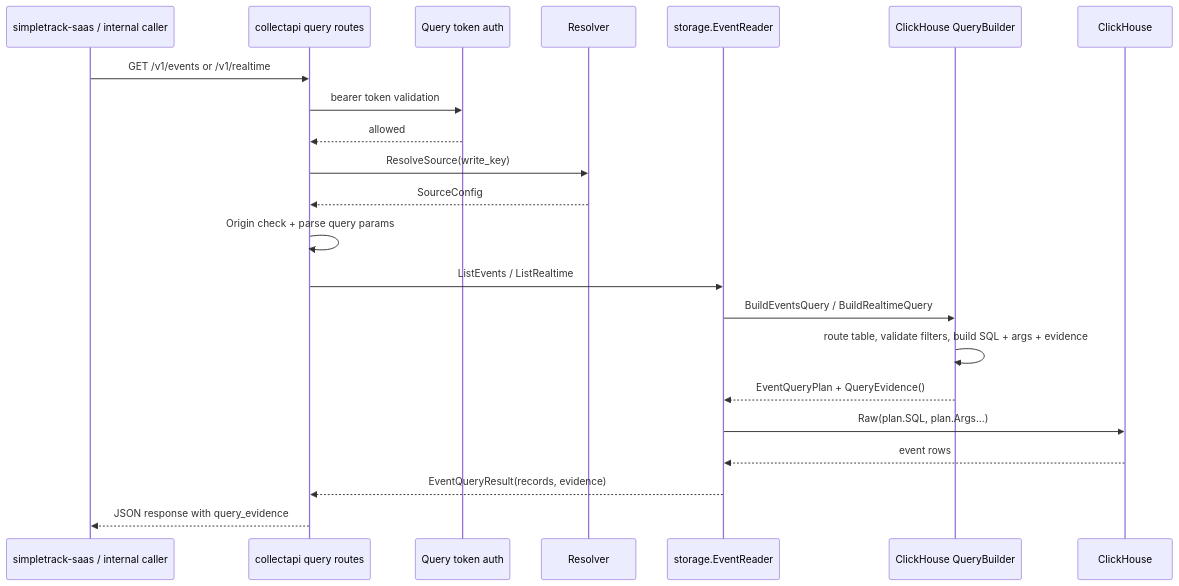
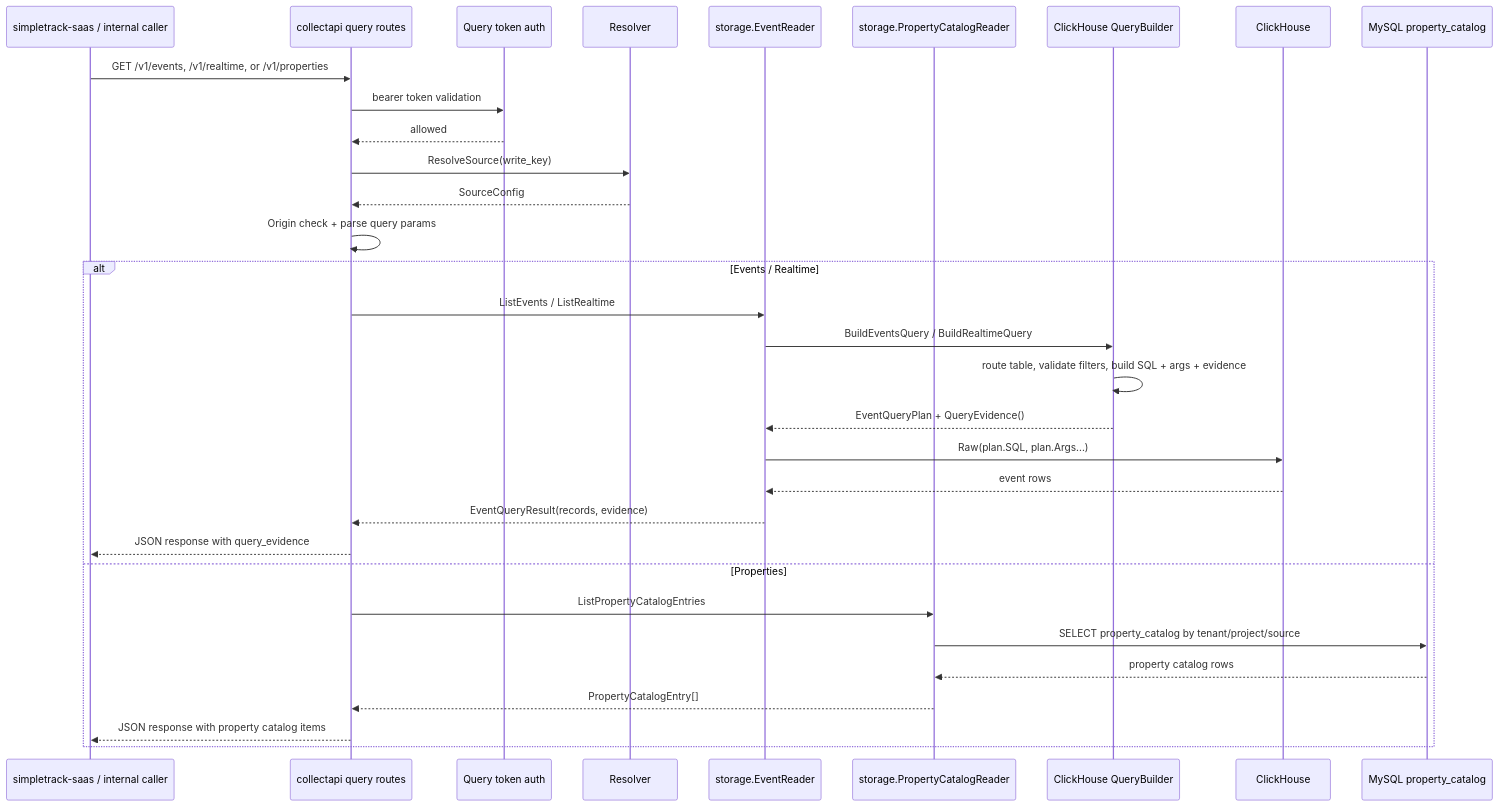
One commit to RoggerZ/uba changed the fifth of 5 diagrams in docs/analytics-source-reading/data-flow-analysis.md. Above: the diagram before and after it, drawn with Mermaid. The commit also changed other lines of this file and 6 other files, not shown here.

First line of the commit message:
Record property catalog readback progress

````diff
--- a/docs/analytics-source-reading/data-flow-analysis.md
+++ b/docs/analytics-source-reading/data-flow-analysis.md
@@ -390,25 +396,35 @@
 ```mermaid
 sequenceDiagram
     participant SaaS as simpletrack-saas / internal caller
     participant API as collectapi query routes
     participant Auth as Query token auth
     participant CP as Resolver
     participant Reader as storage.EventReader
+    participant Catalog as storage.PropertyCatalogReader
     participant Builder as ClickHouse QueryBuilder
     participant CH as ClickHouse
+    participant MySQL as MySQL property_catalog
 
-    SaaS->>API: GET /v1/events or /v1/realtime
+    SaaS->>API: GET /v1/events, /v1/realtime, or /v1/properties
     API->>Auth: bearer token validation
     Auth-->>API: allowed
     API->>CP: ResolveSource(write_key)
     CP-->>API: SourceConfig
     API->>API: Origin check + parse query params
-    API->>Reader: ListEvents / ListRealtime
-    Reader->>Builder: BuildEventsQuery / BuildRealtimeQuery
-    Builder->>Builder: route table, validate filters, build SQL + args + evidence
-    Builder-->>Reader: EventQueryPlan + QueryEvidence()
-    Reader->>CH: Raw(plan.SQL, plan.Args...)
-    CH-->>Reader: event rows
-    Reader-->>API: EventQueryResult(records, evidence)
-    API-->>SaaS: JSON response with query_evidence
+    alt Events / Realtime
+        API->>Reader: ListEvents / ListRealtime
+        Reader->>Builder: BuildEventsQuery / BuildRealtimeQuery
+        Builder->>Builder: route table, validate filters, build SQL + args + evidence
+        Builder-->>Reader: EventQueryPlan + QueryEvidence()
+        Reader->>CH: Raw(plan.SQL, plan.Args...)
+        CH-->>Reader: event rows
+        Reader-->>API: EventQueryResult(records, evidence)
+        API-->>SaaS: JSON response with query_evidence
+    else Properties
+        API->>Catalog: ListPropertyCatalogEntries
+        Catalog->>MySQL: SELECT property_catalog by tenant/project/source
+        MySQL-->>Catalog: property catalog rows
+        Catalog-->>API: PropertyCatalogEntry[]
+        API-->>SaaS: JSON response with property catalog items
+    end
 ```
````
